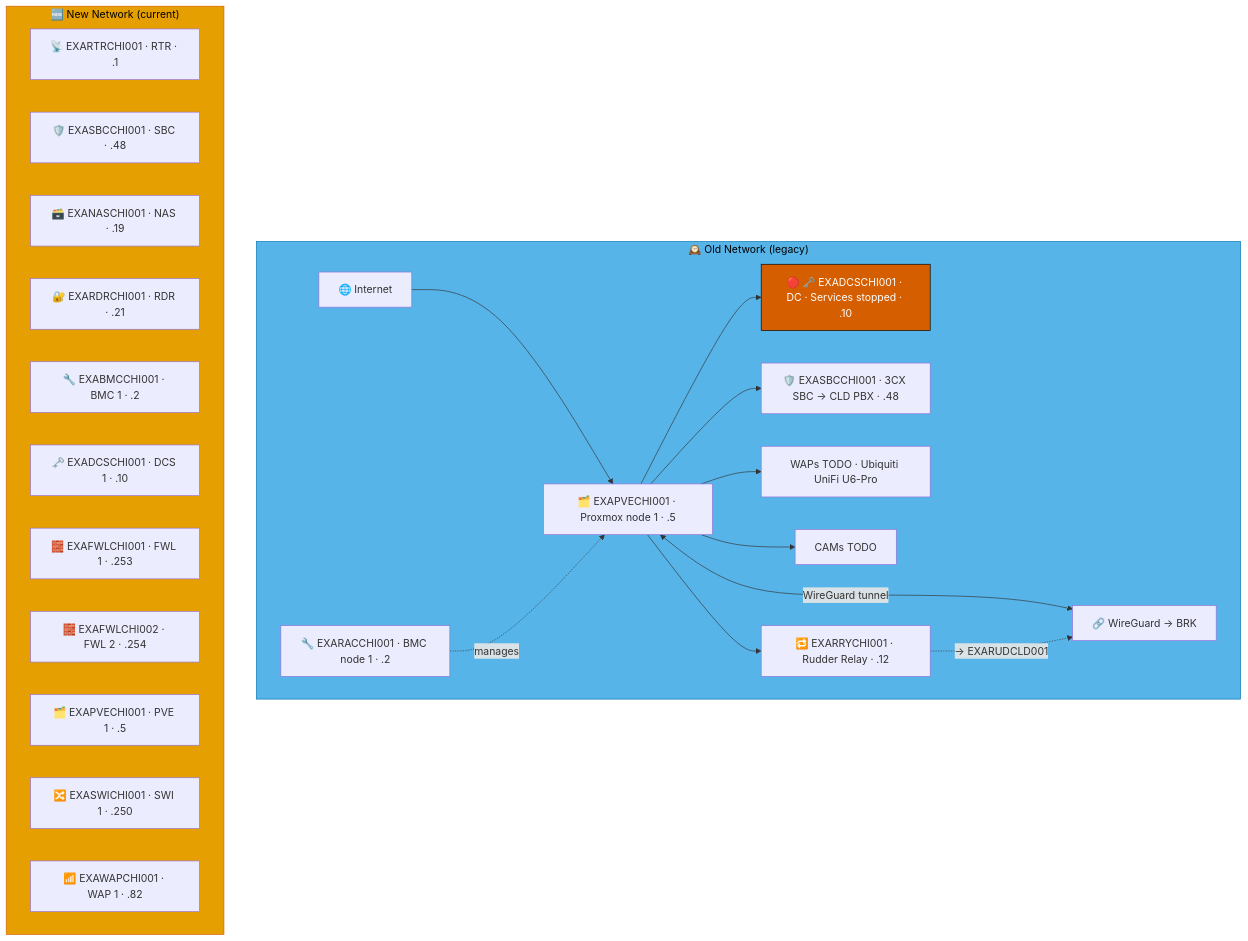
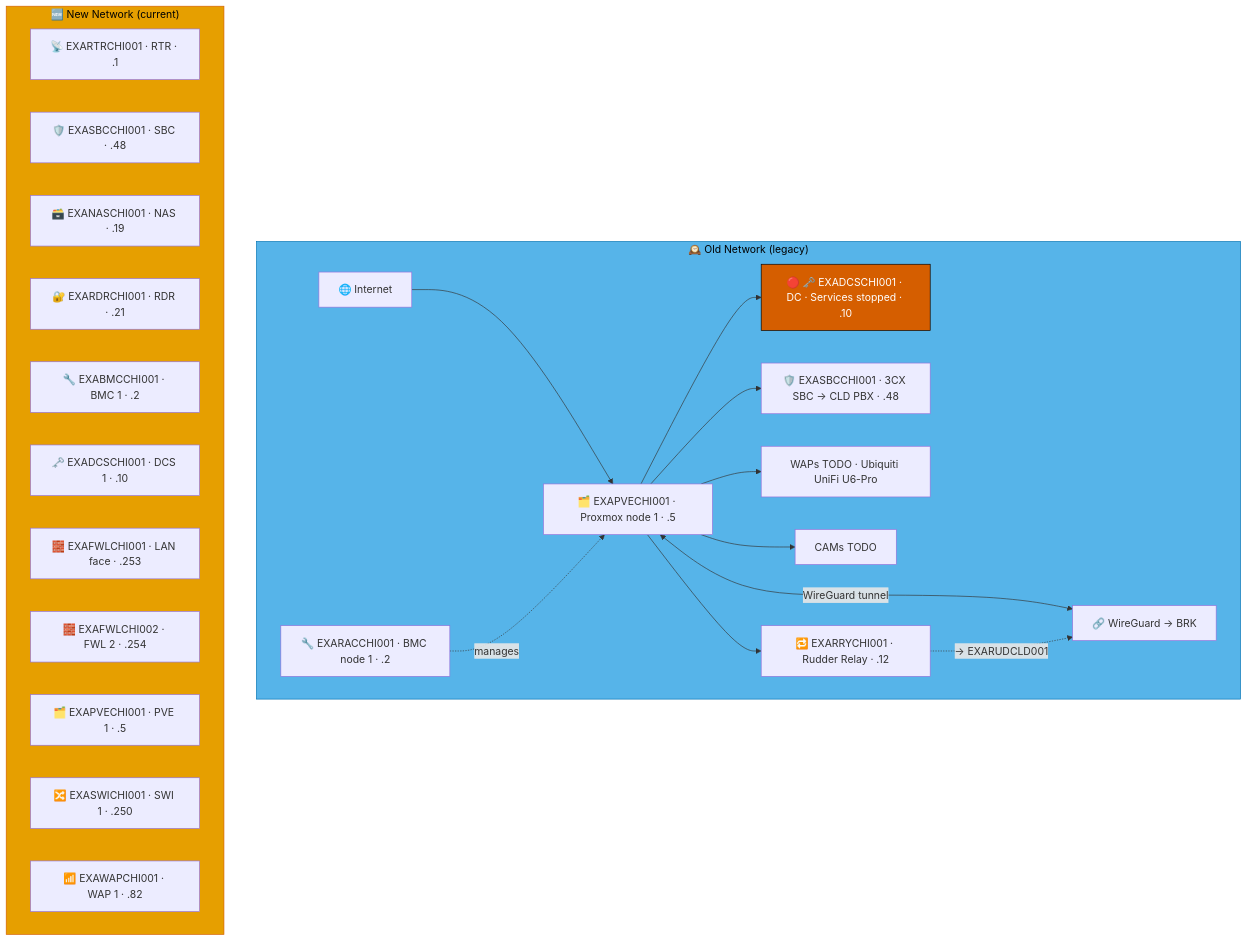
The sixth of 8 diagrams in docs/network-diagram/united-states.md (knightmare2600/example_music_infra), drawn with Mermaid before and after one commit. The commit also changed other lines of this file and 17 other files, not shown here.

````diff
--- a/docs/network-diagram/united-states.md
+++ b/docs/network-diagram/united-states.md
@@ -300,41 +300,41 @@
 ```mermaid
 graph TD
     subgraph OLD_CHI ["🕰️ Old Network (legacy)"]
       INET["🌐 Internet"]
       RAC["🔧 EXARACCHI001 · BMC node 1 · .2"]
       PVE["🗂️ EXAPVECHI001 · Proxmox node 1 · .5"]
       DC["🔴 🗝️ EXADCSCHI001 · DC · Services stopped · .10"]
       SBC["🛡️ EXASBCCHI001 · 3CX SBC → CLD PBX · .48"]
       RRY["🔁 EXARRYCHI001 · Rudder Relay · .12"]
       WAP["WAPs TODO · Ubiquiti UniFi U6-Pro"]
       CAM["CAMs TODO"]
       VPN["🔗 WireGuard → BRK"]
 
       INET --> PVE --> DC & SBC
       RAC -.->|"manages"| PVE
       PVE --> WAP & CAM
       PVE <-->|"WireGuard tunnel"| VPN
 
       PVE --> RRY
       RRY -. "→ EXARUDCLD001" .-> VPN
     end
     style OLD_CHI fill:#56B4E9,stroke:#0072B2,color:#000000
     %% GENERATED:NEW-NETWORK:CHI:START
     subgraph NEW_CHI ["🆕 New Network (current)"]
       N_RTR["📡 EXARTRCHI001 · RTR · .1"]
       N_SBC["🛡️ EXASBCCHI001 · SBC · .48"]
       N_NAS["🗃️ EXANASCHI001 · NAS · .19"]
       N_RDR["🔐 EXARDRCHI001 · RDR · .21"]
       N_BMC["🔧 EXABMCCHI001 · BMC 1 · .2"]
       N_DCS["🗝️ EXADCSCHI001 · DCS 1 · .10"]
-      N_FWL["🧱 EXAFWLCHI001 · FWL 1 · .253"]
+      N_FWL["🧱 EXAFWLCHI001 · LAN face · .253"]
       N_FWL2["🧱 EXAFWLCHI002 · FWL 2 · .254"]
       N_PVE["🗂️ EXAPVECHI001 · PVE 1 · .5"]
       N_SWI["🔀 EXASWICHI001 · SWI 1 · .250"]
       N_WAP["📶 EXAWAPCHI001 · WAP 1 · .82"]
     end
     style NEW_CHI fill:#E69F00,stroke:#D55E00,color:#000000
     %% GENERATED:NEW-NETWORK:CHI:END
     classDef warn fill:#D55E00,stroke:#000000,color:#ffffff
     class DC warn
 ```
````
